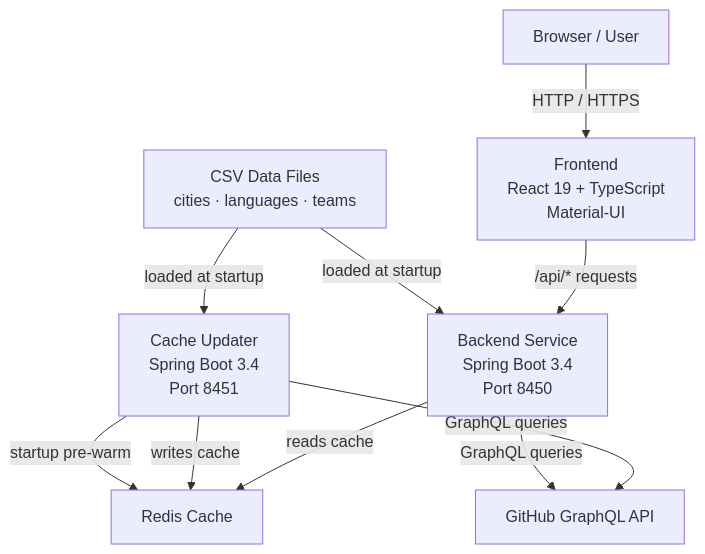
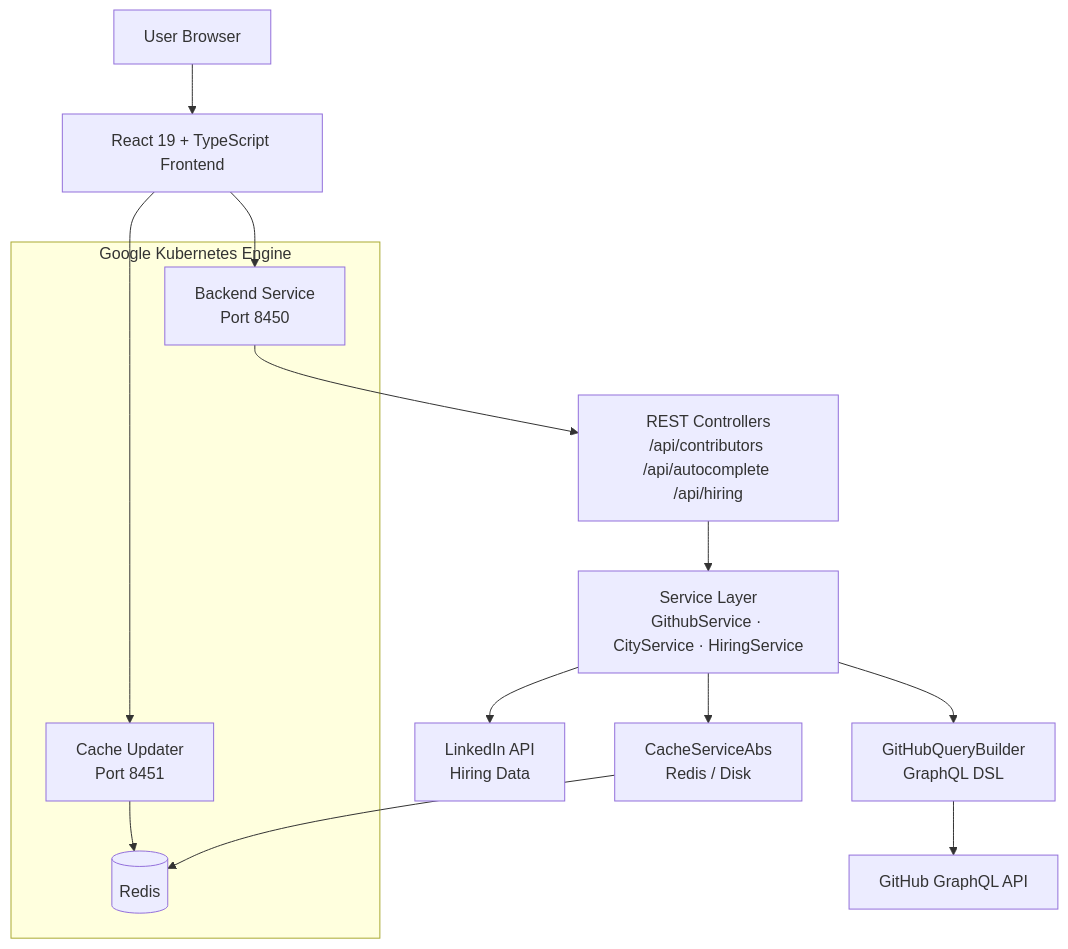
Before and after one commit to flamingo-stack/major-league-github: the diagram in README.md, drawn with Mermaid. The commit also changed other lines of this file and 133 other files, not shown here.

````diff
--- a/README.md
+++ b/README.md
@@ -49,20 +57,22 @@
 ```mermaid
-graph TD
-    User["Browser / User"]
-    FE["Frontend\nReact 19 + TypeScript\nMaterial-UI"]
-    BE["Backend Service\nSpring Boot 3.4\nPort 8450"]
-    CU["Cache Updater\nSpring Boot 3.4\nPort 8451"]
-    Redis["Redis Cache"]
-    GH["GitHub GraphQL API"]
-    CSV["CSV Data Files\ncities · languages · teams"]
+flowchart TD
+    User["User Browser"] --> Frontend["React 19 + TypeScript Frontend"]
+    Frontend --> Backend["Backend Service\nPort 8450"]
+    Frontend --> CacheUpdater["Cache Updater\nPort 8451"]
 
-    User -->|"HTTP / HTTPS"| FE
-    FE -->|"/api/* requests"| BE
-    BE -->|"reads cache"| Redis
-    CU -->|"writes cache"| Redis
-    CU -->|"GraphQL queries"| GH
-    BE -->|"GraphQL queries"| GH
-    CU -->|"startup pre-warm"| Redis
-    CSV -->|"loaded at startup"| BE
-    CSV -->|"loaded at startup"| CU
+    Backend --> Controllers["REST Controllers\n/api/contributors /api/autocomplete /api/hiring"]
+    Controllers --> Services["Service Layer\nGithubService · CityService · HiringService"]
+    Services --> Cache["CacheServiceAbs\nRedis / Disk"]
+    Services --> GraphQL["GitHubQueryBuilder\nGraphQL DSL"]
+    GraphQL --> GitHub["GitHub GraphQL API"]
+    Services --> LinkedIn["LinkedIn API\nHiring Data"]
+
+    Cache --> Redis[("Redis")]
+    CacheUpdater --> Redis
+
+    subgraph GKE["Google Kubernetes Engine"]
+        Backend
+        CacheUpdater
+        Redis
+    end
 ```
````
